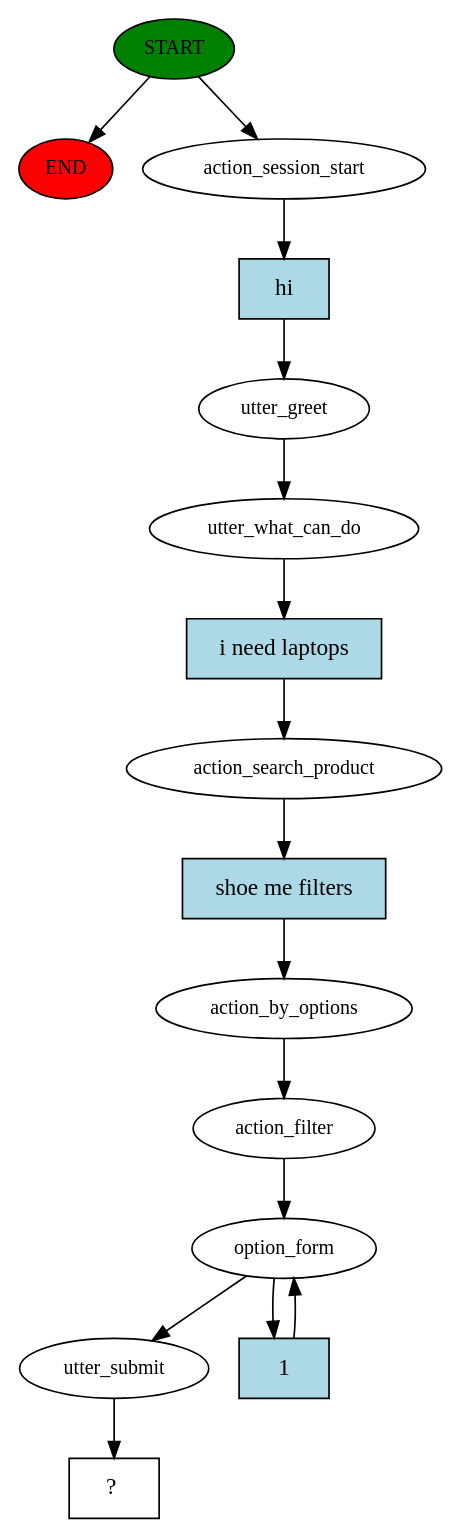
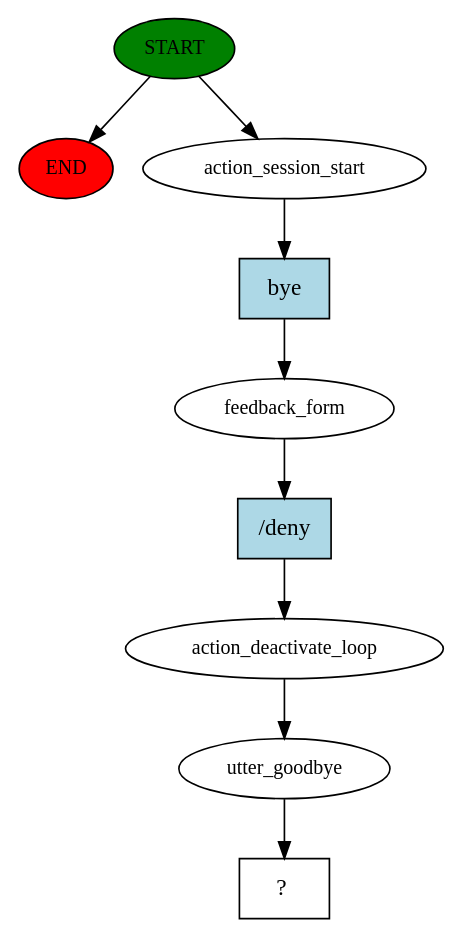
The diagram in Code-WIP/Chat-Bot/story_graph.dot (SajuLoom/DeepVisionTech-Octave), drawn with Graphviz before and after one commit. The commit also changed 3 other files, not shown here.

```diff
--- a/Code-WIP/Chat-Bot/story_graph.dot
+++ b/Code-WIP/Chat-Bot/story_graph.dot
@@ -1,32 +1,19 @@
 digraph  {
 0 [class="start active", fillcolor=green, fontsize=12, label=START, style=filled];
 "-1" [class=end, fillcolor=red, fontsize=12, label=END, style=filled];
 1 [class=active, fontsize=12, label=action_session_start];
-2 [class=active, fontsize=12, label=utter_greet];
-3 [class=active, fontsize=12, label=utter_what_can_do];
-4 [class=active, fontsize=12, label=action_search_product];
-5 [class=active, fontsize=12, label=action_by_options];
-6 [class=active, fontsize=12, label=action_filter];
-7 [class=active, fontsize=12, label=option_form];
-9 [class=active, fontsize=12, label=utter_submit];
-10 [class="intent dashed active", label="  ?  ", shape=rect];
-11 [class="intent active", fillcolor=lightblue, label=hi, shape=rect, style=filled];
-12 [class="intent active", fillcolor=lightblue, label="i need laptops", shape=rect, style=filled];
-13 [class="intent active", fillcolor=lightblue, label="shoe me filters", shape=rect, style=filled];
-14 [class="intent active", fillcolor=lightblue, label=1, shape=rect, style=filled];
+2 [class=active, fontsize=12, label=feedback_form];
+3 [class=active, fontsize=12, label=action_deactivate_loop];
+4 [class=active, fontsize=12, label=utter_goodbye];
+5 [class="intent dashed active", label="  ?  ", shape=rect];
+6 [class="intent active", fillcolor=lightblue, label=bye, shape=rect, style=filled];
+7 [class="intent active", fillcolor=lightblue, label="/deny", shape=rect, style=filled];
 0 -> "-1"  [class="", key=NONE, label=""];
 0 -> 1  [class=active, key=NONE, label=""];
-1 -> 11  [class=active, key=0];
-2 -> 3  [class=active, key=NONE, label=""];
-3 -> 12  [class=active, key=0];
-4 -> 13  [class=active, key=0];
-5 -> 6  [class=active, key=NONE, label=""];
-6 -> 7  [class=active, key=NONE, label=""];
-7 -> 9  [class=active, key=NONE, label=""];
-7 -> 14  [class=active, key=0];
-9 -> 10  [class=active, key=NONE, label=""];
-11 -> 2  [class=active, key=0];
-12 -> 4  [class=active, key=0];
-13 -> 5  [class=active, key=0];
-14 -> 7  [class=active, key=0];
+1 -> 6  [class=active, key=0];
+2 -> 7  [class=active, key=0];
+3 -> 4  [class=active, key=NONE, label=""];
+4 -> 5  [class=active, key=NONE, label=""];
+6 -> 2  [class=active, key=0];
+7 -> 3  [class=active, key=0];
 }
```
